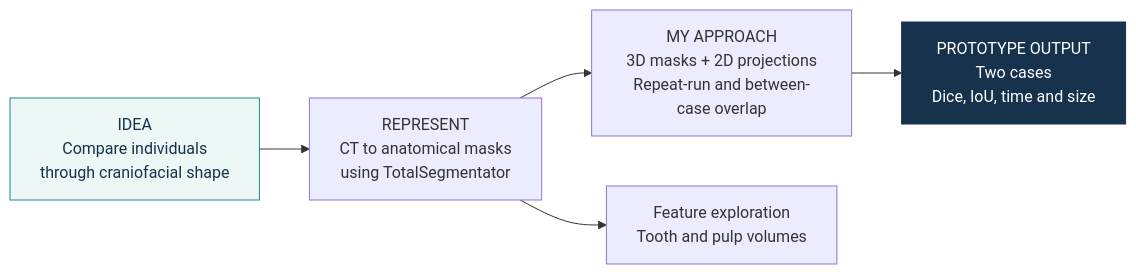
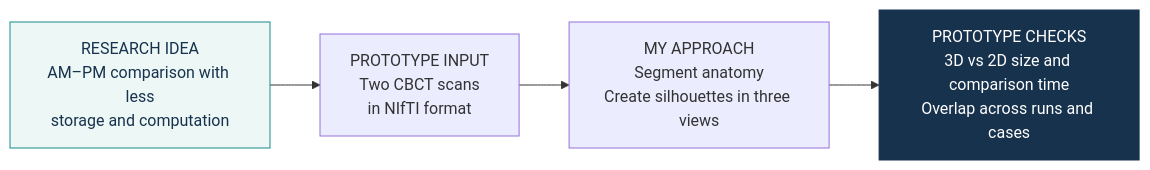
One commit to trungnb/3D-Craniofacial-Pipeline changed the diagram in README.md. Above: the diagram before and after it, drawn with Mermaid. The commit also changed other lines of this file and 14 other files, not shown here.

Commit message:
Clarify projection research idea and CBCT prototype scope

````diff
--- a/README.md
+++ b/README.md
@@ -7,12 +11,11 @@
 ```mermaid
 flowchart LR
-    Q["IDEA<br/>Compare individuals<br/>through craniofacial shape"]
-    Q --> A["REPRESENT<br/>CT to anatomical masks<br/>using TotalSegmentator"]
-    A --> B["MY APPROACH<br/>3D masks + 2D projections<br/>Repeat-run and between-case overlap"]
-    B --> C["PROTOTYPE OUTPUT<br/>Two cases<br/>Dice, IoU, time and size"]
-    A --> D["Feature exploration<br/>Tooth and pulp volumes"]
+    Q["RESEARCH IDEA<br/>AM–PM comparison with less<br/>storage and computation"]
+    Q --> A["PROTOTYPE INPUT<br/>Two CBCT scans<br/>in NIfTI format"]
+    A --> B["MY APPROACH<br/>Segment anatomy<br/>Create silhouettes in three views"]
+    B --> C["PROTOTYPE CHECKS<br/>3D vs 2D size and comparison time<br/>Overlap across runs and cases"]
     classDef idea fill:#EDF7F6,stroke:#168B8A,color:#17324D
     classDef output fill:#17324D,stroke:#17324D,color:#FFFFFF
     class Q idea
     class C output
 ```
````
